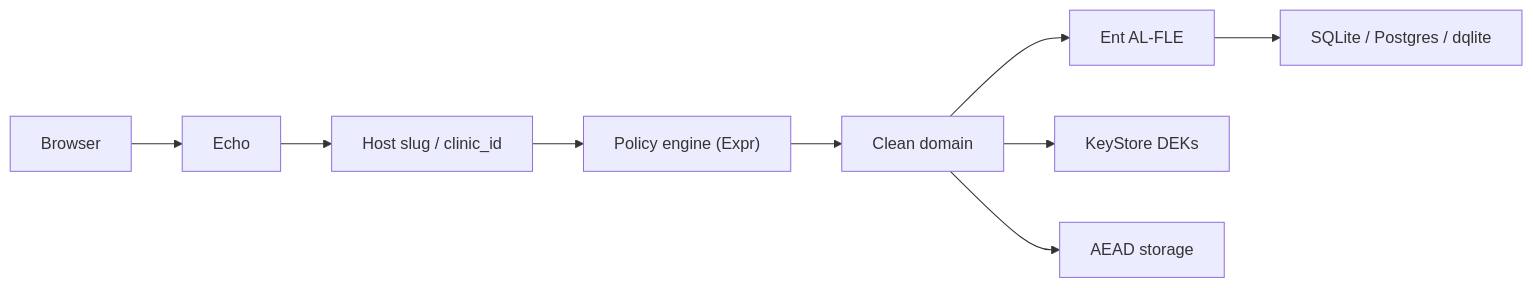
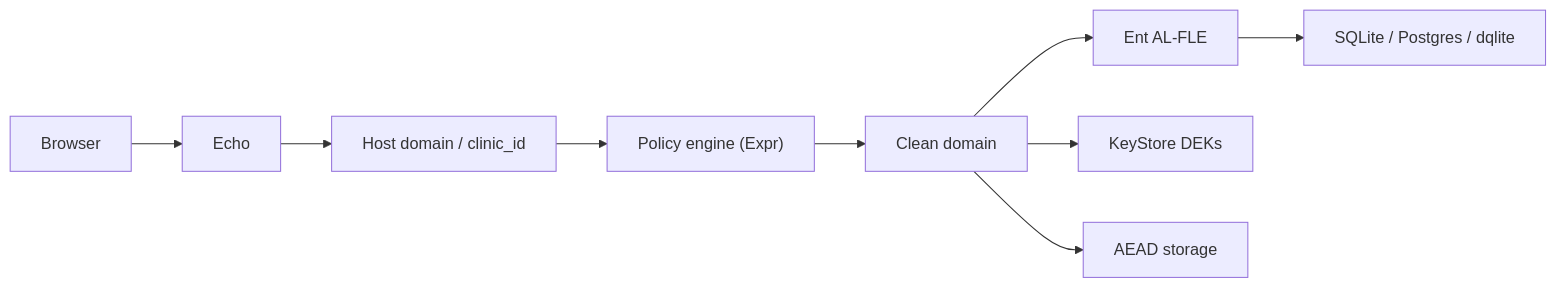
Before and after one commit to librevita/librevita: the first of 2 diagrams in README.md, drawn with Mermaid. The commit also changed other lines of this file and 48 other files, not shown here.

````diff
--- a/README.md
+++ b/README.md
@@ -65,11 +65,11 @@
 ```mermaid
 flowchart LR
   Browser --> Echo
-  Echo --> Host["Host slug / clinic_id"]
+  Echo --> Host["Host domain / clinic_id"]
   Host --> Policy["Policy engine (Expr)"]
   Policy --> Domain["Clean domain"]
   Domain --> FLE["Ent AL-FLE"]
   FLE --> DB["SQLite / Postgres / dqlite"]
   Domain --> KeyStore["KeyStore DEKs"]
   Domain --> Files["AEAD storage"]
 ```
````
